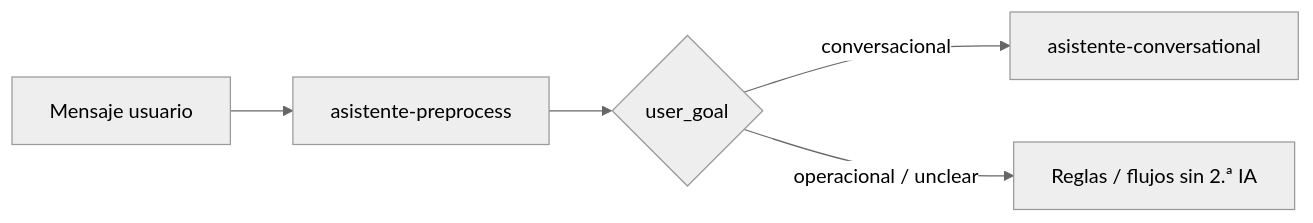
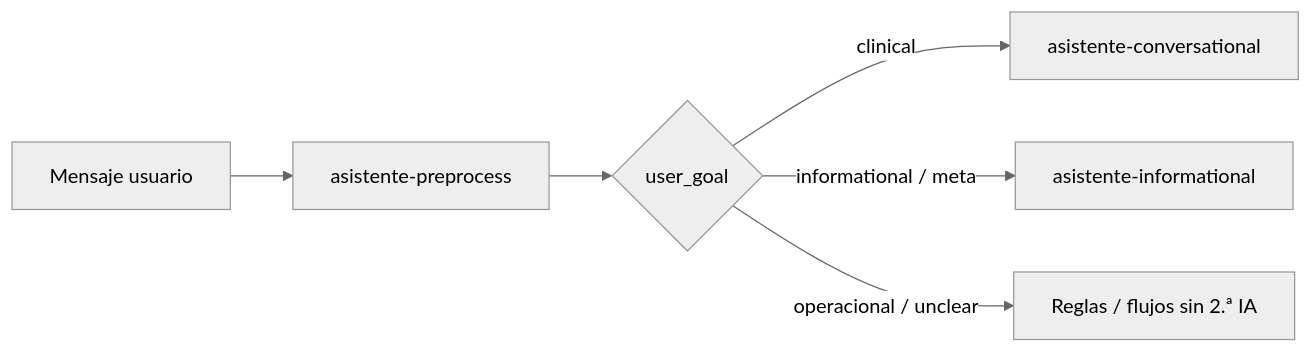
Before and after one commit to luischanferoni/bioenlace: the diagram in web/docs/producto/catalogo-usos-ia.md, drawn with Mermaid (neutral theme). The commit also changed other lines of this file and 18 other files, not shown here.

````diff
--- a/web/docs/producto/catalogo-usos-ia.md
+++ b/web/docs/producto/catalogo-usos-ia.md
@@ -46,11 +47,13 @@
 ```mermaid
 flowchart LR
   M[Mensaje usuario]
   P[asistente-preprocess]
   R{user_goal}
   C[asistente-conversational]
+  I[asistente-informational]
   O[Reglas / flujos sin 2.ª IA]
   M --> P --> R
-  R -->|conversacional| C
+  R -->|clinical| C
+  R -->|informational / meta| I
   R -->|operacional / unclear| O
 ```
````
